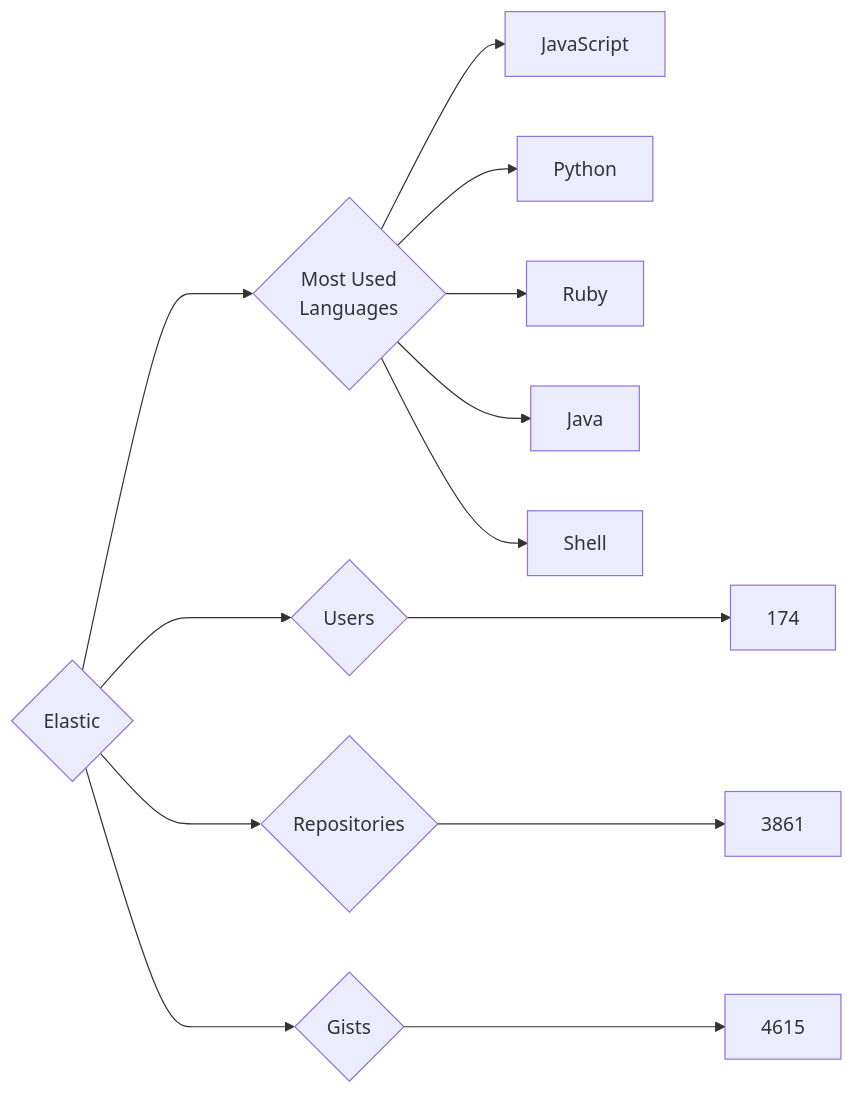
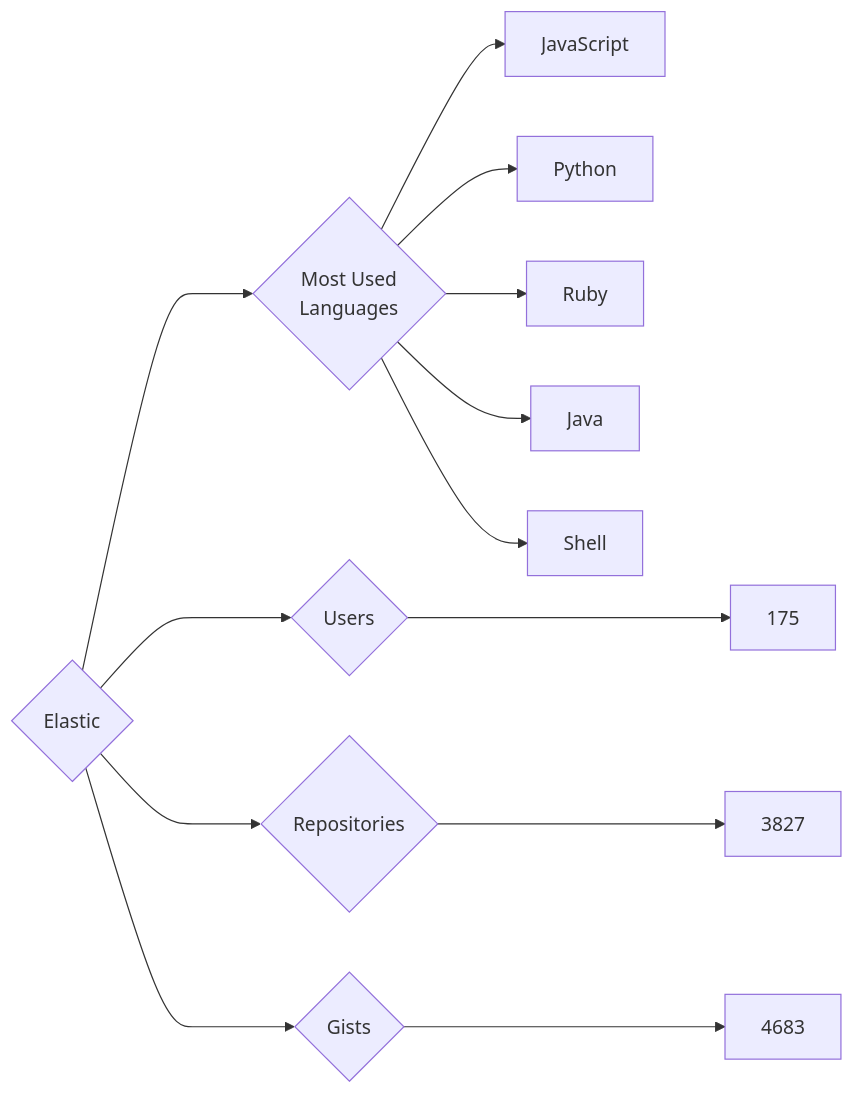
One commit to trickest/insiders changed the diagram in targets/Elastic/README.md. Above: the diagram before and after it, drawn with Mermaid. The commit also changed 934 other files, not shown here.

````diff
--- a/targets/Elastic/README.md
+++ b/targets/Elastic/README.md
@@ -3,13 +3,13 @@
 ```mermaid
 graph LR
 COMPANY_NAME{Elastic}
-COMPANY_NAME ---> U{Users} ---> UN[174]
-COMPANY_NAME ---> R{Repositories} ---> RN[3861]
-COMPANY_NAME ---> G{Gists} ---> GN[4615]
+COMPANY_NAME ---> U{Users} ---> UN[175]
+COMPANY_NAME ---> R{Repositories} ---> RN[3827]
+COMPANY_NAME ---> G{Gists} ---> GN[4683]
 COMPANY_NAME ---> ML{Most Used<br>Languages}
 ML --> JavaScript[JavaScript]
 ML --> Python[Python]
 ML --> Ruby[Ruby]
 ML --> Java[Java]
 ML --> Shell[Shell]
 ```
````
